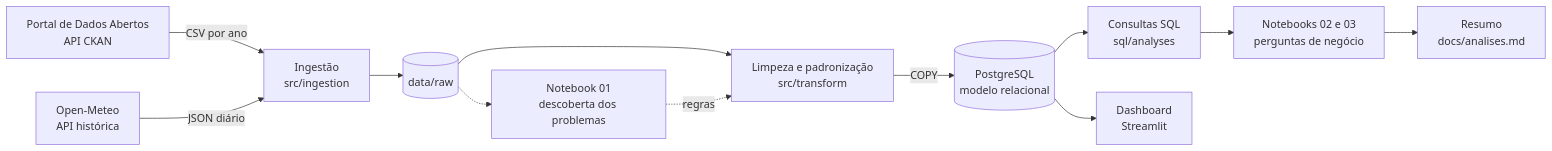
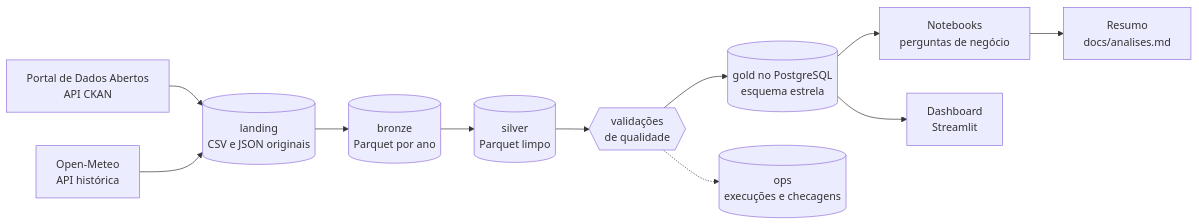
Before and after one commit to nogsposito/recife-156: the first of 2 diagrams in README.md, drawn with Mermaid. The commit also changed other lines of this file and 45 other files, not shown here.

First line of the commit message:
Parte 3: arquitetura de dados, SQL avançado e qualidade de engenharia (#24)

````diff
--- a/README.md
+++ b/README.md
@@ -20,14 +22,13 @@
 ```mermaid
 flowchart LR
-    A[Portal de Dados Abertos<br/>API CKAN] -->|CSV por ano| B[Ingestão<br/>src/ingestion]
-    W[Open-Meteo<br/>API histórica] -->|JSON diário| B
-    B --> C[(data/raw)]
-    C --> D[Limpeza e padronização<br/>src/transform]
-    C -.-> N1[Notebook 01<br/>descoberta dos problemas]
-    N1 -.->|regras| D
-    D -->|COPY| E[(PostgreSQL<br/>modelo relacional)]
-    E --> F[Consultas SQL<br/>sql/analyses]
-    F --> N2[Notebooks 02 e 03<br/>perguntas de negócio]
-    N2 --> G[Resumo<br/>docs/analises.md]
-    E --> V[Dashboard<br/>Streamlit]
+    A[Portal de Dados Abertos<br/>API CKAN] --> L[(landing<br/>CSV e JSON originais)]
+    W[Open-Meteo<br/>API histórica] --> L
+    L --> B[(bronze<br/>Parquet por ano)]
+    B --> S[(silver<br/>Parquet limpo)]
+    S --> Q{{validações<br/>de qualidade}}
+    Q --> G[(gold no PostgreSQL<br/>esquema estrela)]
+    Q -.-> O[(ops<br/>execuções e checagens)]
+    G --> N[Notebooks<br/>perguntas de negócio]
+    N --> R[Resumo<br/>docs/analises.md]
+    G --> D[Dashboard<br/>Streamlit]
 ```
````
